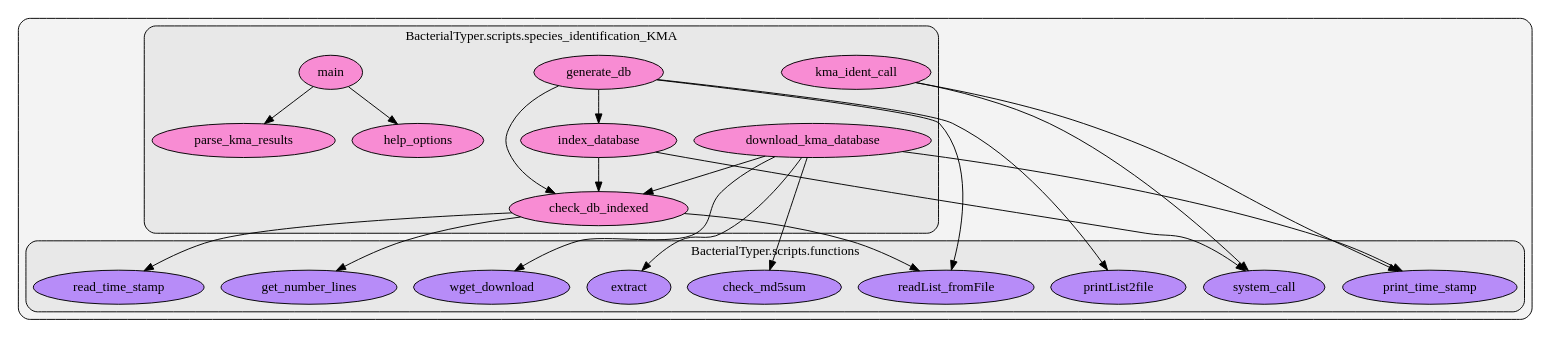
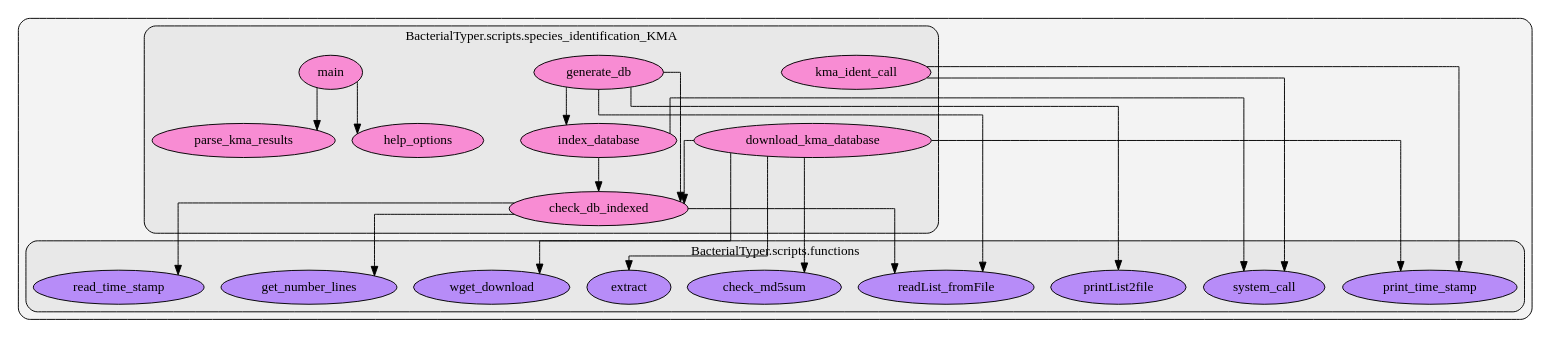
One commit to HCGB-IGTP/BacterialTyper changed the diagram in docs/source/images/python_graph/scripts/species_identification_KMA.dot. Above: the diagram before and after it, drawn with Graphviz. The commit also changed 42 other files, not shown here.

```diff
--- a/docs/source/images/python_graph/scripts/species_identification_KMA.dot
+++ b/docs/source/images/python_graph/scripts/species_identification_KMA.dot
@@ -1,5 +1,5 @@
 digraph G {
-    graph [spilines=ortho, rankdir=TB, clusterrank="local"];
+    graph [splines=ortho, rankdir=TB, clusterrank="local"];
     subgraph cluster_G {
 
         graph [style="filled,rounded",fillcolor="#80808018", label=""];
@@ -218,17 +218,17 @@
         BacterialTyper__scripts__species_identification_KMA__download_kma_database -> BacterialTyper__scripts__functions__print_time_stamp [style="solid", color="#000000"];
         BacterialTyper__scripts__species_identification_KMA__download_kma_database -> BacterialTyper__scripts__functions__check_md5sum [style="solid", color="#000000"];
         BacterialTyper__scripts__species_identification_KMA__download_kma_database -> BacterialTyper__scripts__species_identification_KMA__check_db_indexed [style="solid", color="#000000"];
-        BacterialTyper__scripts__species_identification_KMA__check_db_indexed -> BacterialTyper__scripts__functions__readList_fromFile [style="solid", color="#000000"];
         BacterialTyper__scripts__species_identification_KMA__check_db_indexed -> BacterialTyper__scripts__functions__get_number_lines [style="solid", color="#000000"];
         BacterialTyper__scripts__species_identification_KMA__check_db_indexed -> BacterialTyper__scripts__functions__read_time_stamp [style="solid", color="#000000"];
+        BacterialTyper__scripts__species_identification_KMA__check_db_indexed -> BacterialTyper__scripts__functions__readList_fromFile [style="solid", color="#000000"];
         BacterialTyper__scripts__species_identification_KMA__index_database -> BacterialTyper__scripts__functions__system_call [style="solid", color="#000000"];
         BacterialTyper__scripts__species_identification_KMA__index_database -> BacterialTyper__scripts__species_identification_KMA__check_db_indexed [style="solid", color="#000000"];
+        BacterialTyper__scripts__species_identification_KMA__generate_db -> BacterialTyper__scripts__functions__printList2file [style="solid", color="#000000"];
         BacterialTyper__scripts__species_identification_KMA__generate_db -> BacterialTyper__scripts__species_identification_KMA__index_database [style="solid", color="#000000"];
         BacterialTyper__scripts__species_identification_KMA__generate_db -> BacterialTyper__scripts__functions__readList_fromFile [style="solid", color="#000000"];
-        BacterialTyper__scripts__species_identification_KMA__generate_db -> BacterialTyper__scripts__functions__printList2file [style="solid", color="#000000"];
         BacterialTyper__scripts__species_identification_KMA__generate_db -> BacterialTyper__scripts__species_identification_KMA__check_db_indexed [style="solid", color="#000000"];
+        BacterialTyper__scripts__species_identification_KMA__kma_ident_call -> BacterialTyper__scripts__functions__print_time_stamp [style="solid", color="#000000"];
         BacterialTyper__scripts__species_identification_KMA__kma_ident_call -> BacterialTyper__scripts__functions__system_call [style="solid", color="#000000"];
-        BacterialTyper__scripts__species_identification_KMA__kma_ident_call -> BacterialTyper__scripts__functions__print_time_stamp [style="solid", color="#000000"];
         BacterialTyper__scripts__species_identification_KMA__main -> BacterialTyper__scripts__species_identification_KMA__help_options [style="solid", color="#000000"];
         BacterialTyper__scripts__species_identification_KMA__main -> BacterialTyper__scripts__species_identification_KMA__parse_kma_results [style="solid", color="#000000"];
     }
```
